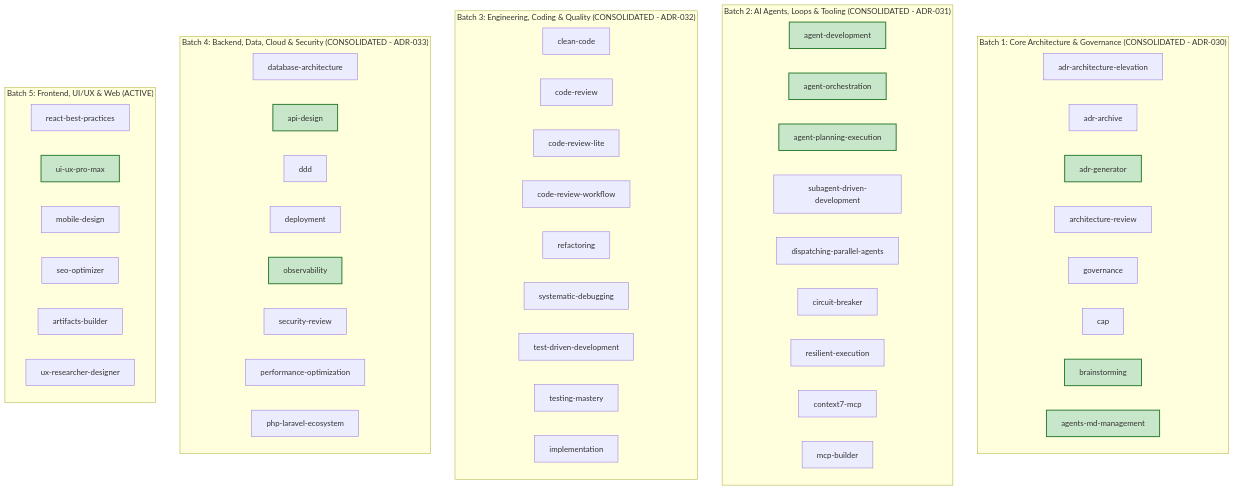
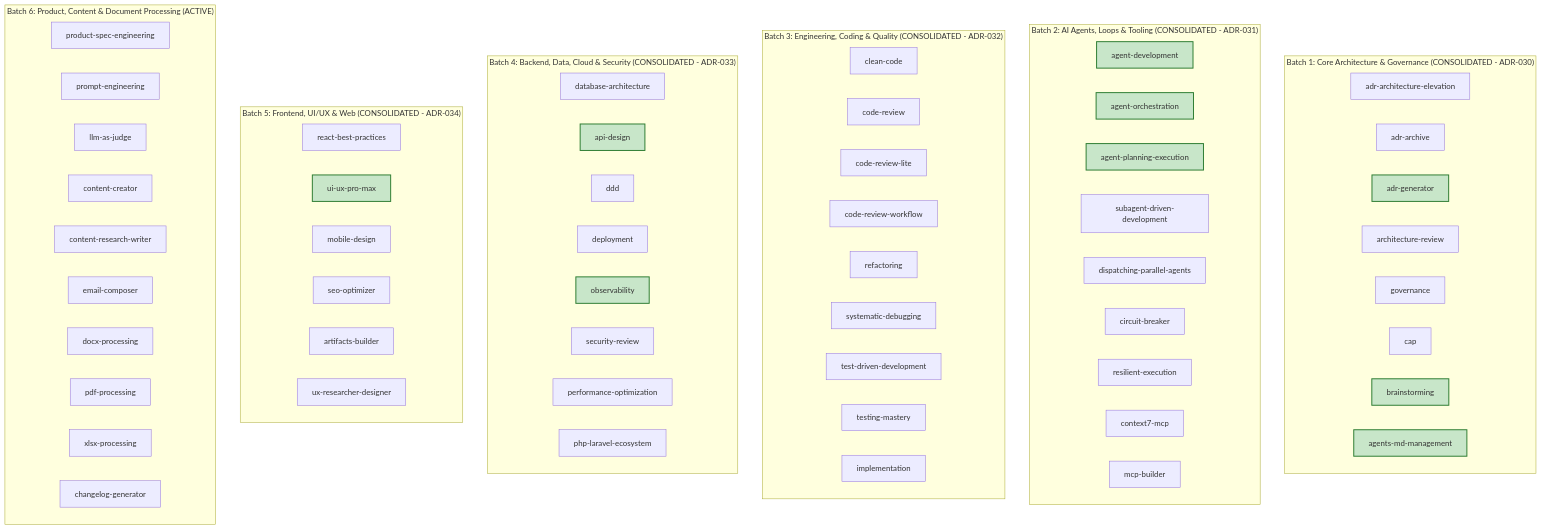
The diagram in docs/audit/skills/COGNITIVE_DEBT_RELATIONAL_GRAPH.md (lscheffel/ignite-agents-skills), drawn with Mermaid before and after one commit. The commit also changed other lines of this file and 40 other files, not shown here.

Commit message:
feat(adr): consolidate and archive ADR-034, map Batch 6 in Cognitive Debt Relational Graph

````diff
--- a/docs/audit/skills/COGNITIVE_DEBT_RELATIONAL_GRAPH.md
+++ b/docs/audit/skills/COGNITIVE_DEBT_RELATIONAL_GRAPH.md
@@ -26,67 +27,80 @@
 ```mermaid
 graph TD
     subgraph "Batch 1: Core Architecture & Governance (CONSOLIDATED - ADR-030)"
         AAE[adr-architecture-elevation]
         AA[adr-archive]
         AG[adr-generator]
         AR[architecture-review]
         GOV[governance]
         CAP[cap]
         BS[brainstorming]
         AMM[agents-md-management]
     end
 
     subgraph "Batch 2: AI Agents, Loops & Tooling (CONSOLIDATED - ADR-031)"
         AD[agent-development]
         AO[agent-orchestration]
         APE[agent-planning-execution]
         SADD[subagent-driven-development]
         DPA[dispatching-parallel-agents]
         CB[circuit-breaker]
         RE[resilient-execution]
         C7[context7-mcp]
         MCPB[mcp-builder]
     end
 
     subgraph "Batch 3: Engineering, Coding & Quality (CONSOLIDATED - ADR-032)"
         CC[clean-code]
         CR[code-review]
         CRL[code-review-lite]
         CRW[code-review-workflow]
         REF[refactoring]
         SD[systematic-debugging]
         TDD[test-driven-development]
         TM[testing-mastery]
         IMPL[implementation]
     end
 
     subgraph "Batch 4: Backend, Data, Cloud & Security (CONSOLIDATED - ADR-033)"
         DA[database-architecture]
         APID[api-design]
         DDD[ddd]
         DEP[deployment]
         OBS[observability]
         SEC[security-review]
         PERF[performance-optimization]
         PHP[php-laravel-ecosystem]
     end
 
-    subgraph "Batch 5: Frontend, UI/UX & Web (ACTIVE)"
+    subgraph "Batch 5: Frontend, UI/UX & Web (CONSOLIDATED - ADR-034)"
         RBP[react-best-practices]
         UIX[ui-ux-pro-max]
         MOB[mobile-design]
         SEO[seo-optimizer]
         ART[artifacts-builder]
         UXR[ux-researcher-designer]
+    end
+
+    subgraph "Batch 6: Product, Content & Document Processing (ACTIVE)"
+        PSE[product-spec-engineering]
+        PE[prompt-engineering]
+        LAJ[llm-as-judge]
+        CC2[content-creator]
+        CRW2[content-research-writer]
+        EC[email-composer]
+        DOCX[docx-processing]
+        PDF[pdf-processing]
+        XLSX[xlsx-processing]
+        CLG[changelog-generator]
     end
 
     style AG fill:#c8e6c9,stroke:#2e7d32,stroke-width:2px;
     style BS fill:#c8e6c9,stroke:#2e7d32,stroke-width:2px;
     style AMM fill:#c8e6c9,stroke:#2e7d32,stroke-width:2px;
     style APE fill:#c8e6c9,stroke:#2e7d32,stroke-width:2px;
     style AD fill:#c8e6c9,stroke:#2e7d32,stroke-width:2px;
     style AO fill:#c8e6c9,stroke:#2e7d32,stroke-width:2px;
     style OBS fill:#c8e6c9,stroke:#2e7d32,stroke-width:2px;
     style APID fill:#c8e6c9,stroke:#2e7d32,stroke-width:2px;
     style UIX fill:#c8e6c9,stroke:#2e7d32,stroke-width:2px;
 ```
````
